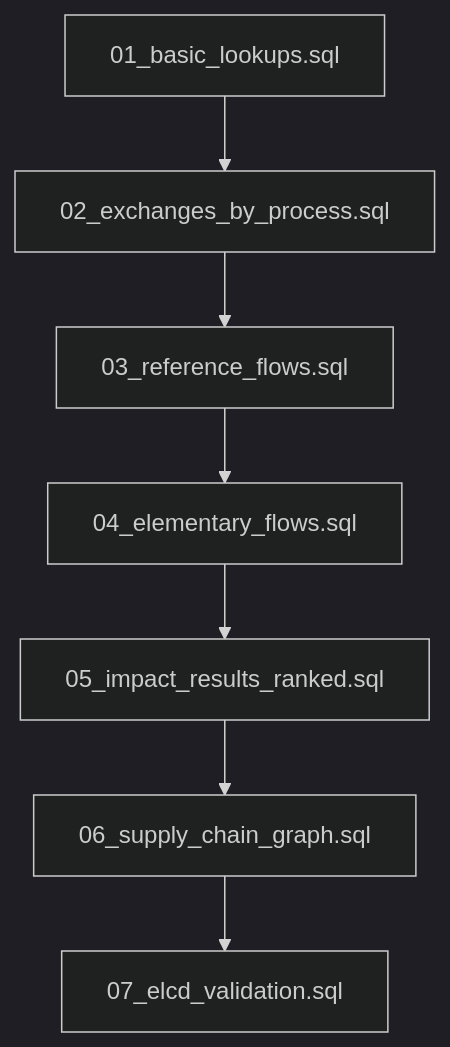
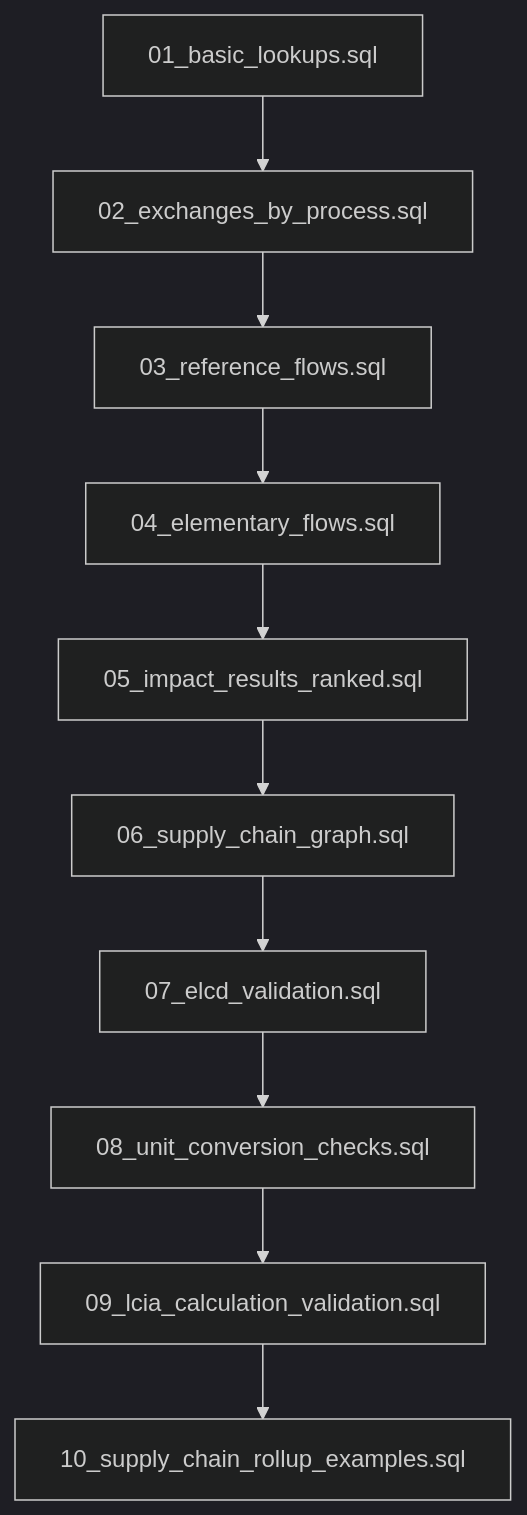
Before and after one commit to thomasdmcmahon/LCA_Supply_Chain_Database: diagram 11 of 13 in README.md, drawn with Mermaid (dark theme). The commit also changed other lines of this file and 11 other files, not shown here.

````diff
--- a/README.md
+++ b/README.md
@@ -247,9 +258,12 @@
 ```mermaid
 flowchart TD
     Q1["01_basic_lookups.sql"] --> Q2["02_exchanges_by_process.sql"]
     Q2 --> Q3["03_reference_flows.sql"]
     Q3 --> Q4["04_elementary_flows.sql"]
     Q4 --> Q5["05_impact_results_ranked.sql"]
     Q5 --> Q6["06_supply_chain_graph.sql"]
     Q6 --> Q7["07_elcd_validation.sql"]
+    Q7 --> Q8["08_unit_conversion_checks.sql"]
+    Q8 --> Q9["09_lcia_calculation_validation.sql"]
+    Q9 --> Q10["10_supply_chain_rollup_examples.sql"]
 ```
````
